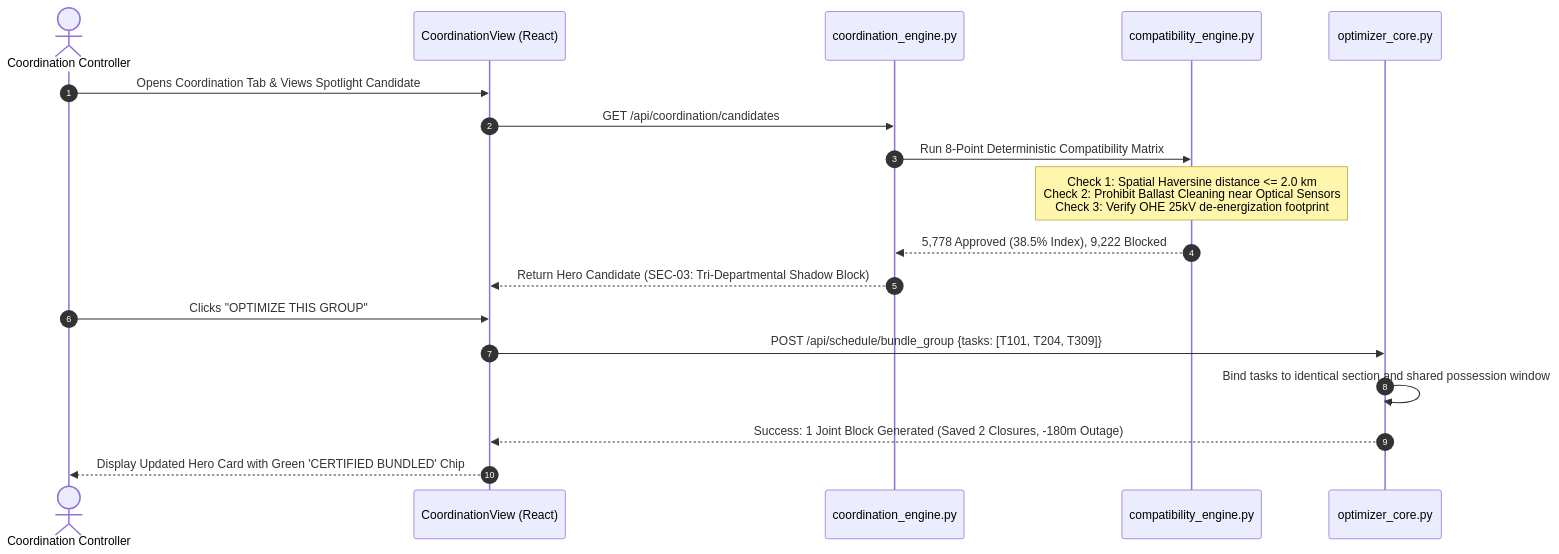
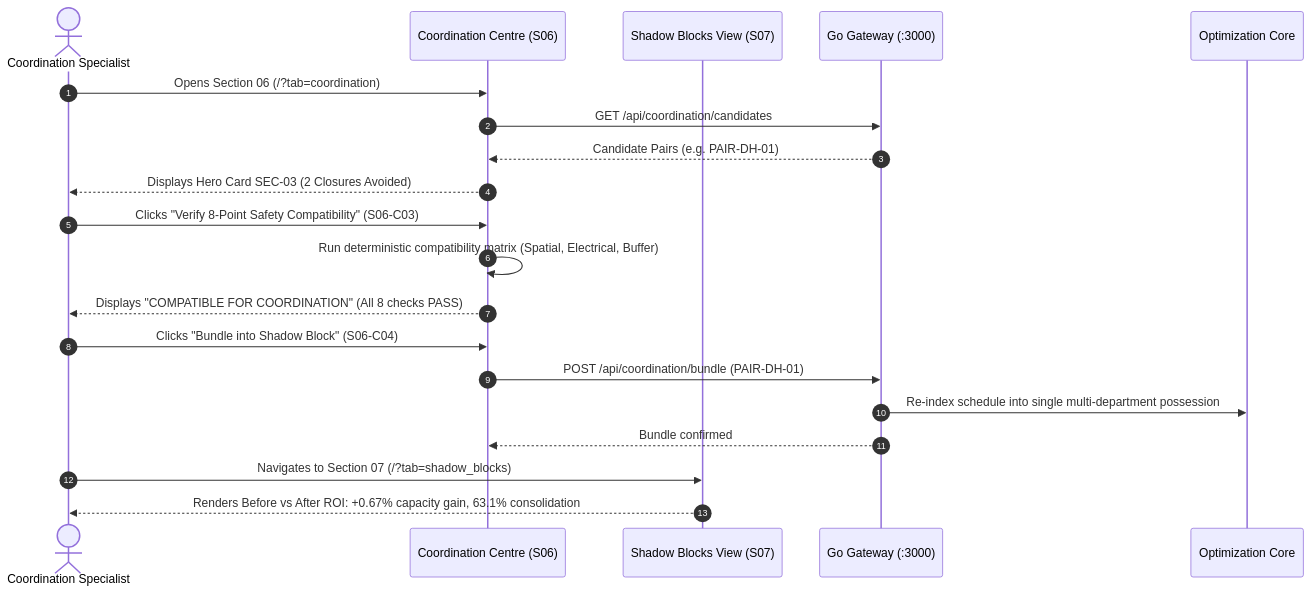
Before and after one commit to sushmitasingh008aug-lgtm/Railway_Project-final-: the fifth of 7 diagrams in docs/presentation/WORKFLOW_DIAGRAMS.md, drawn with Mermaid. The commit also changed other lines of this file and 134 other files, not shown here.

````diff
--- a/docs/presentation/WORKFLOW_DIAGRAMS.md
+++ b/docs/presentation/WORKFLOW_DIAGRAMS.md
@@ -156,21 +145,23 @@
 ```mermaid
 sequenceDiagram
     autonumber
-    actor Dispatcher as Coordination Controller
-    participant UI as CoordinationView (React)
-    participant Engine as coordination_engine.py
-    participant Compat as compatibility_engine.py
-    participant Solver as optimizer_core.py
+    actor Coordinator as Coordination Specialist
+    participant CoordUI as Coordination Centre (S06)
+    participant BeforeAfter as Shadow Blocks View (S07)
+    participant API as Go Gateway (:3000)
+    participant Engine as Optimization Core
 
-    Dispatcher->>UI: Opens Coordination Tab & Views Spotlight Candidate
-    UI->>Engine: GET /api/coordination/candidates
-    Engine->>Compat: Run 8-Point Deterministic Compatibility Matrix
-    Note over Compat: Check 1: Spatial Haversine distance <= 2.0 km<br/>Check 2: Prohibit Ballast Cleaning near Optical Sensors<br/>Check 3: Verify OHE 25kV de-energization footprint
-    Compat-->>Engine: 5,778 Approved (38.5% Index), 9,222 Blocked
-    Engine-->>UI: Return Hero Candidate (SEC-03: Tri-Departmental Shadow Block)
-    Dispatcher->>UI: Clicks "OPTIMIZE THIS GROUP"
-    UI->>Solver: POST /api/schedule/bundle_group {tasks: [T101, T204, T309]}
-    Solver->>Solver: Bind tasks to identical section and shared possession window
-    Solver-->>UI: Success: 1 Joint Block Generated (Saved 2 Closures, -180m Outage)
-    UI-->>Dispatcher: Display Updated Hero Card with Green 'CERTIFIED BUNDLED' Chip
+    Coordinator->>CoordUI: Opens Section 06 (/?tab=coordination)
+    CoordUI->>API: GET /api/coordination/candidates
+    API-->>CoordUI: Candidate Pairs (e.g. PAIR-DH-01)
+    CoordUI-->>Coordinator: Displays Hero Card SEC-03 (2 Closures Avoided)
+    Coordinator->>CoordUI: Clicks "Verify 8-Point Safety Compatibility" (S06-C03)
+    CoordUI->>CoordUI: Run deterministic compatibility matrix (Spatial, Electrical, Buffer)
+    CoordUI-->>Coordinator: Displays "COMPATIBLE FOR COORDINATION" (All 8 checks PASS)
+    Coordinator->>CoordUI: Clicks "Bundle into Shadow Block" (S06-C04)
+    CoordUI->>API: POST /api/coordination/bundle (PAIR-DH-01)
+    API->>Engine: Re-index schedule into single multi-department possession
+    API-->>CoordUI: Bundle confirmed
+    Coordinator->>BeforeAfter: Navigates to Section 07 (/?tab=shadow_blocks)
+    BeforeAfter-->>Coordinator: Renders Before vs After ROI: +0.67% capacity gain, 63.1% consolidation
 ```
````
